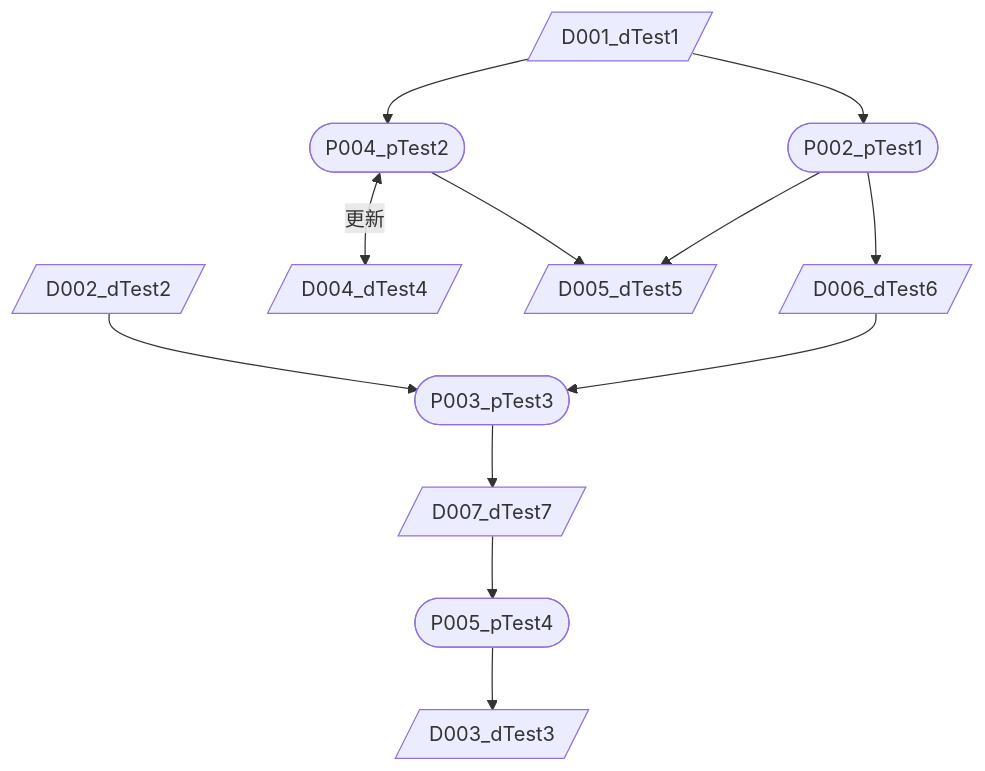
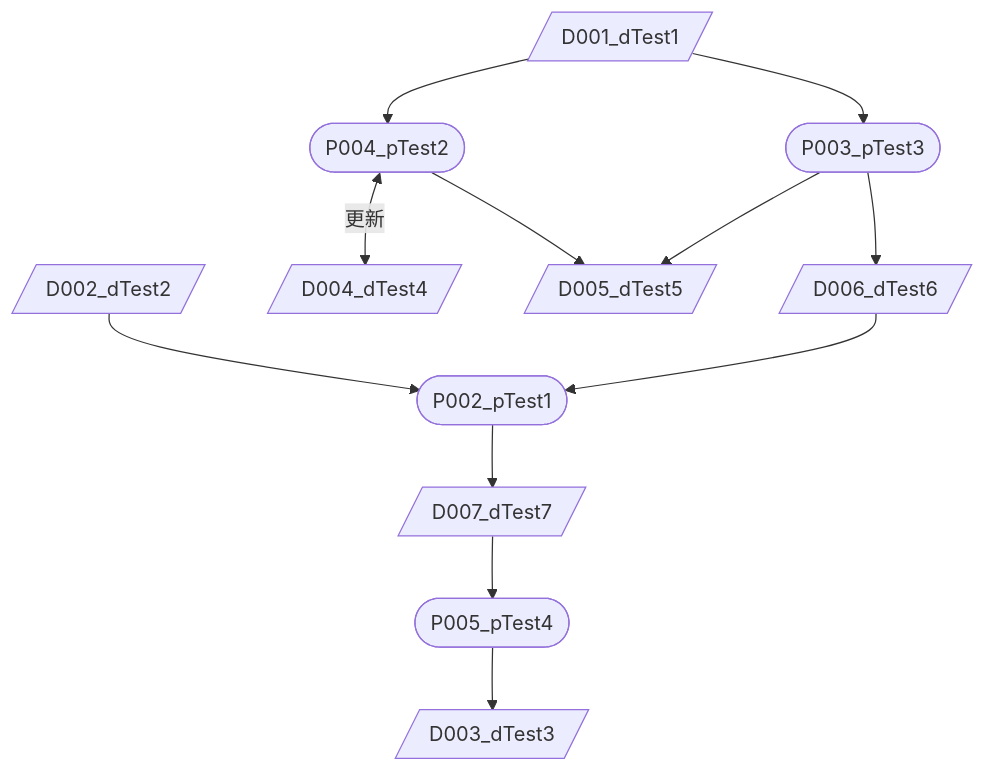
Before and after one commit to lop9940/link_fix: the diagram in process/P001_test.md, drawn with Mermaid.

````diff
--- a/process/P001_test.md
+++ b/process/P001_test.md
@@ -31,38 +31,38 @@
 ```mermaid
 flowchart TD
-    p01([P002_pTest1])
+    p01([P003_pTest3])
     click p01 "lop9940/link_fix/blob/feature/del-mermaid-link-when-pulling/process/P002_pTest1.md"
     p02([P004_pTest2])
     click p02 "lop9940/link_fix/blob/feature/del-mermaid-link-when-pulling/process/P004_pTest2.md"
-    p03([P003_pTest3])
+    p03([P002_pTest1])
     click p03 "lop9940/link_fix/blob/feature/del-mermaid-link-when-pulling/process/P003_pTest3.md"
     p04([P005_pTest4])
     click p04 "lop9940/link_fix/blob/feature/del-mermaid-link-when-pulling/process/P005_pTest4.md"
 
     d01[/D001_dTest1/]
     click d01 "lop9940/link_fix/blob/feature/del-mermaid-link-when-pulling/document/D001_dTest1.md"
     d02[/D002_dTest2/]
     click d02 "lop9940/link_fix/blob/feature/del-mermaid-link-when-pulling/document/D002_dTest2.md"
     d03[/D003_dTest3/]
     click d03 "lop9940/link_fix/blob/feature/del-mermaid-link-when-pulling/document/D003_dTest3.md"
     d04[/D004_dTest4/]
     click d04 "lop9940/link_fix/blob/feature/del-mermaid-link-when-pulling/document/D004_dTest4.md"
     d05[/D005_dTest5/]
     click d05 "lop9940/link_fix/blob/feature/del-mermaid-link-when-pulling/document/D005_dTest5.md"
     d06[/D006_dTest6/]
     click d06 "lop9940/link_fix/blob/feature/del-mermaid-link-when-pulling/document/D006_dTest6.md"
     d07[/D007_dTest7/]
     click d07 "lop9940/link_fix/blob/feature/del-mermaid-link-when-pulling/document/D007_dTest7.md"
 
     d01-->p01
     d01-->p02
     p01-->d05
     p01-->d06
     p02<-->|更新|d04
     p02-->d05
     d06-->p03
     d02-->p03
     p03-->d07
     d07-->p04
     p04-->d03
 ```
````
